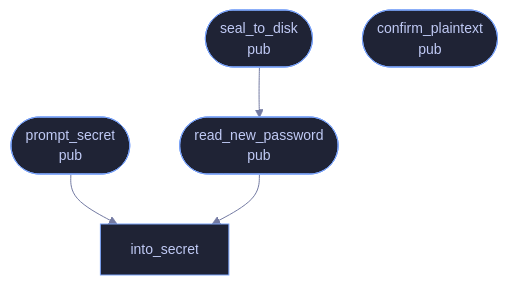
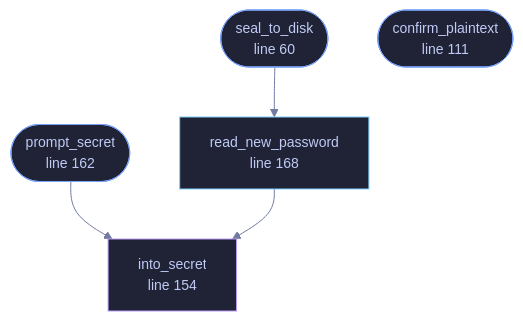
The diagram in docs/files/veilvoice-cli/atrest.md (tilas01/veilvoice), drawn with Mermaid before and after one commit. The commit also changed other lines of this file and 182 other files, not shown here.

````diff
--- a/docs/files/veilvoice-cli/atrest.md
+++ b/docs/files/veilvoice-cli/atrest.md
@@ -54,12 +73,18 @@
 ```mermaid
 %%{init: {"theme":"base","themeVariables":{"background":"#1a1b26","primaryColor":"#1f2335","primaryTextColor":"#c0caf5","primaryBorderColor":"#7aa2f7","secondaryColor":"#16161e","tertiaryColor":"#16161e","lineColor":"#737aa2","textColor":"#c0caf5","mainBkg":"#1f2335","nodeBorder":"#7aa2f7","clusterBkg":"#16161e","clusterBorder":"#2f3549","fontFamily":"ui-monospace, SFMono-Regular, Consolas, monospace","fontSize":"14px"}}}%%
 flowchart TD
-    n_seal_to_disk(["seal_to_disk<br/>pub"])
-    n_confirm_plaintext(["confirm_plaintext<br/>pub"])
-    n_into_secret["into_secret"]
-    n_prompt_secret(["prompt_secret<br/>pub"])
-    n_read_new_password(["read_new_password<br/>pub"])
+    n_seal_to_disk(["seal_to_disk<br/>line 60"])
+    n_confirm_plaintext(["confirm_plaintext<br/>line 111"])
+    n_into_secret["into_secret<br/>line 154"]
+    n_prompt_secret(["prompt_secret<br/>line 162"])
+    n_read_new_password["read_new_password<br/>line 168"]
     n_prompt_secret --> n_into_secret
     n_read_new_password --> n_into_secret
     n_seal_to_disk --> n_read_new_password
+    classDef entry fill:#1f2335,stroke:#7aa2f7,color:#c0caf5
+    class n_seal_to_disk,n_confirm_plaintext,n_prompt_secret entry
+    classDef api fill:#1f2335,stroke:#7dcfff,color:#c0caf5
+    class n_read_new_password api
+    classDef helper fill:#1f2335,stroke:#bb9af7,color:#c0caf5
+    class n_into_secret helper
 ```
````
